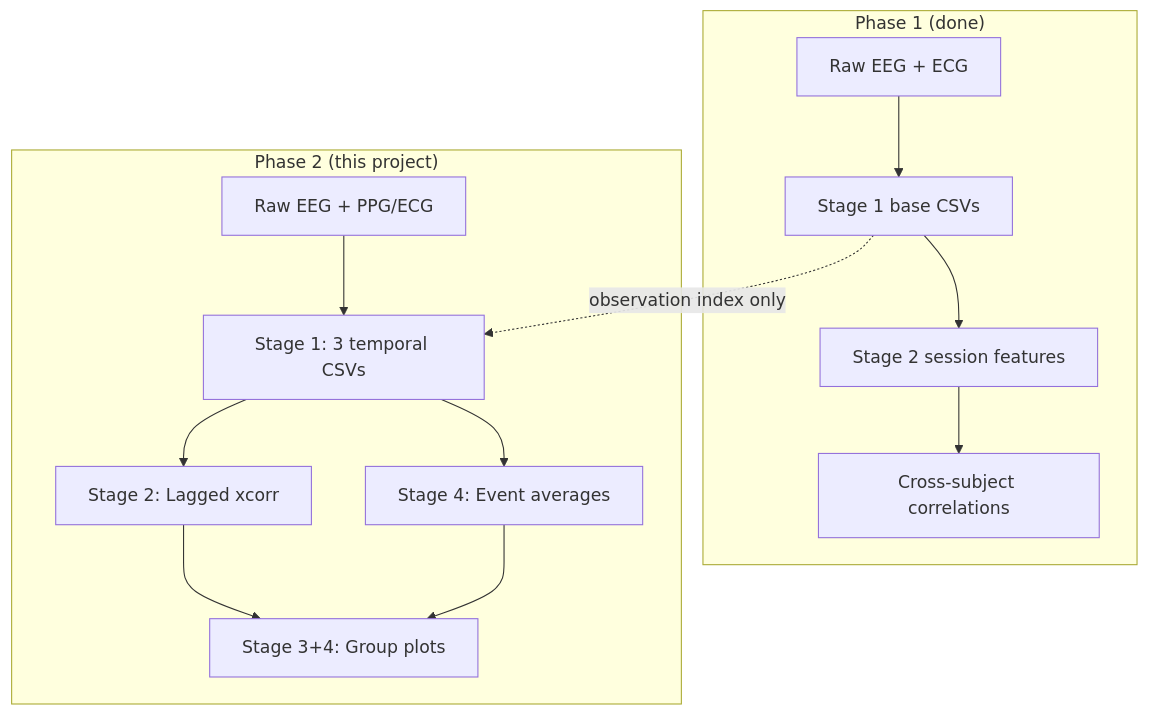
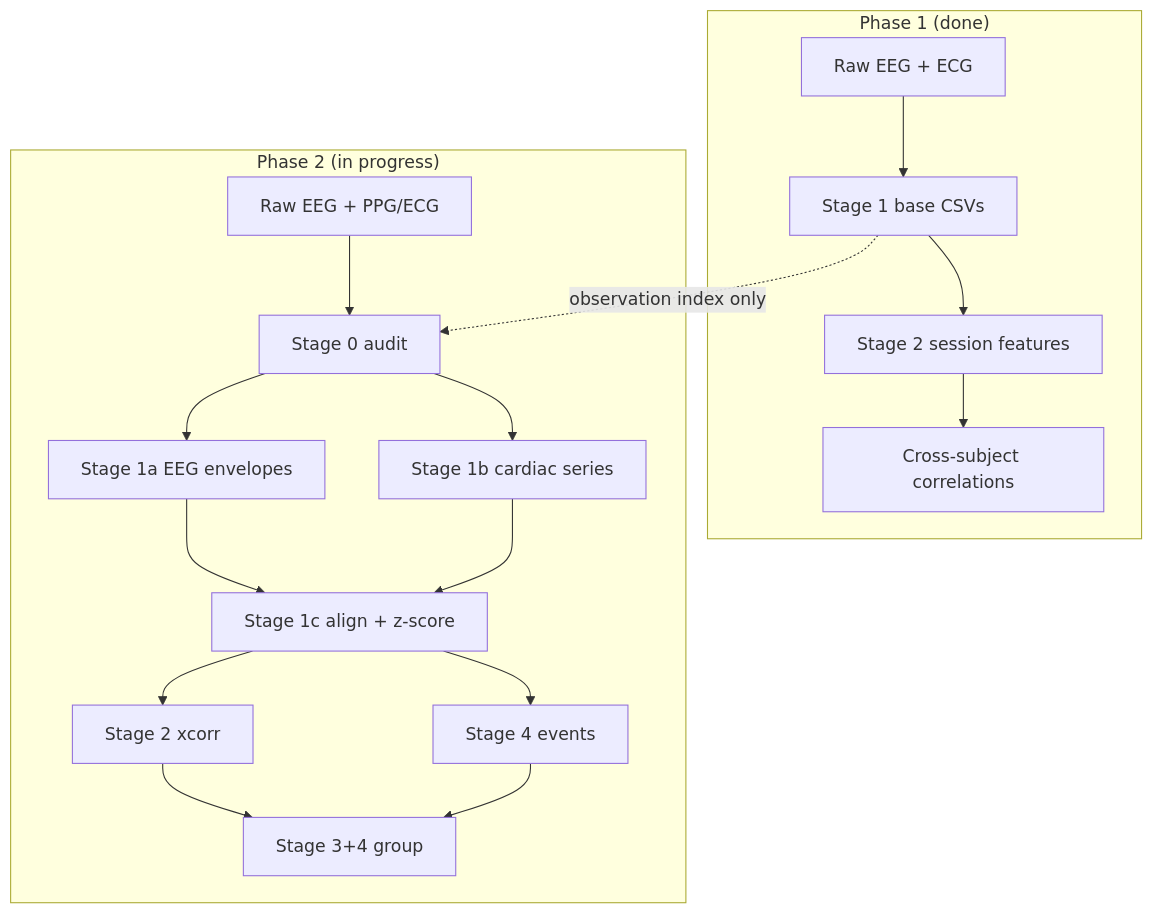
Before and after one commit to Sara-Bonyadian/Thesis: the diagram in temporal_coupling/README.md, drawn with Mermaid. The commit also changed other lines of this file and 5 other files, not shown here.

````diff
--- a/temporal_coupling/README.md
+++ b/temporal_coupling/README.md
@@ -121,22 +157,29 @@
 ```mermaid
 flowchart TD
   subgraph phase1 ["Phase 1 (done)"]
     raw1["Raw EEG + ECG"]
     stage1["Stage 1 base CSVs"]
     stage2["Stage 2 session features"]
     xsub["Cross-subject correlations"]
     raw1 --> stage1 --> stage2 --> xsub
   end
 
-  subgraph phase2 ["Phase 2 (this project)"]
+  subgraph phase2 ["Phase 2 (in progress)"]
     raw2["Raw EEG + PPG/ECG"]
-    stage1tc["Stage 1: 3 temporal CSVs"]
-    xcorr["Stage 2: Lagged xcorr"]
-    events["Stage 4: Event averages"]
-    group["Stage 3+4: Group plots"]
-    raw2 --> stage1tc --> xcorr --> group
-    stage1tc --> events --> group
+    s0["Stage 0 audit"]
+    s1a["Stage 1a EEG envelopes"]
+    s1b["Stage 1b cardiac series"]
+    s1c["Stage 1c align + z-score"]
+    xcorr["Stage 2 xcorr"]
+    events["Stage 4 events"]
+    group["Stage 3+4 group"]
+    raw2 --> s0 --> s1a
+    s0 --> s1b
+    s1a --> s1c
+    s1b --> s1c
+    s1c --> xcorr --> group
+    s1c --> events --> group
   end
 
-  stage1 -.->|"observation index only"| stage1tc
+  stage1 -.->|"observation index only"| s0
 ```
````
